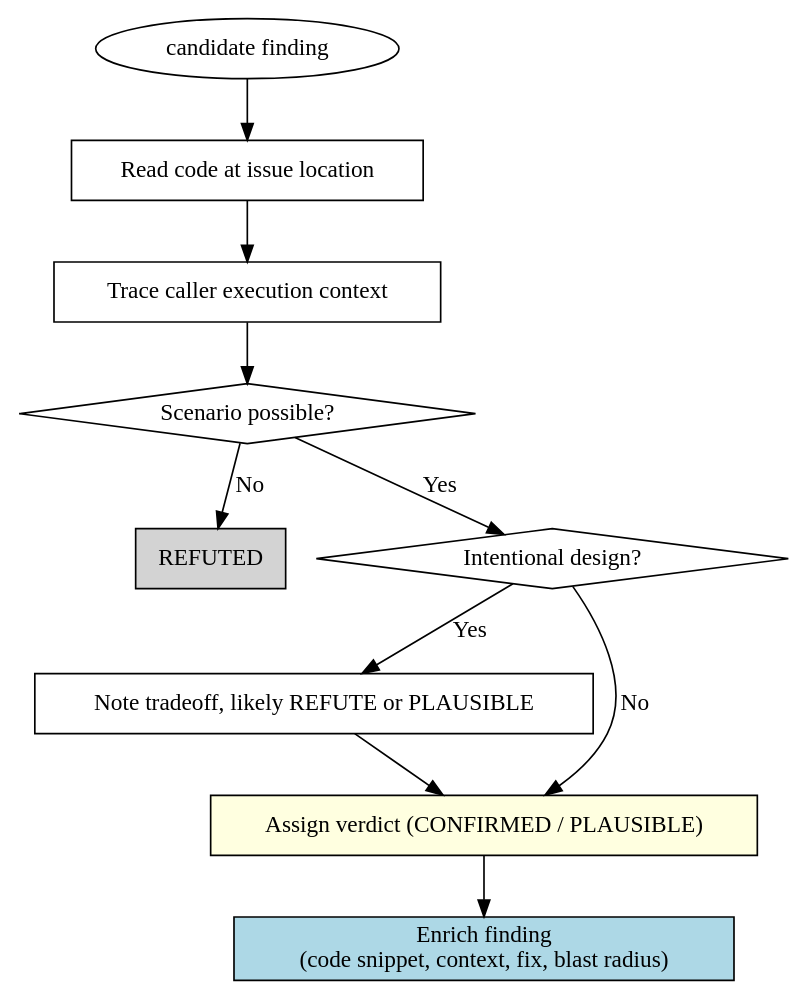
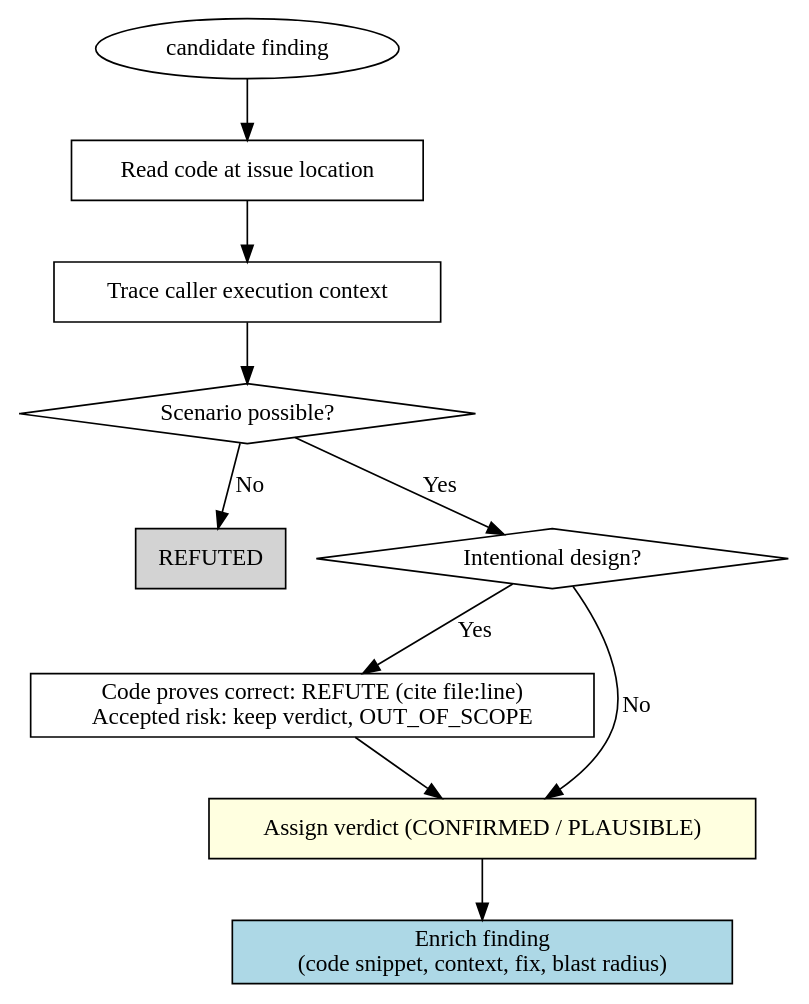
One commit to toongri/oh-my-toong-playground changed the diagram in skills/code-review/references/verifier-prompt.md. Above: the diagram before and after it, drawn with Graphviz. The commit also changed other lines of this file and 7 other files, not shown here.

````diff
--- a/skills/code-review/references/verifier-prompt.md
+++ b/skills/code-review/references/verifier-prompt.md
@@ -147,24 +151,24 @@
 ```dot
 digraph verification_flow {
     rankdir=TB;
     "candidate finding" [shape=ellipse];
     "Read code at issue location" [shape=box];
     "Trace caller execution context" [shape=box];
     "Scenario possible?" [shape=diamond];
     "REFUTED" [shape=box, style=filled, fillcolor=lightgray];
     "Intentional design?" [shape=diamond];
-    "Note tradeoff, likely REFUTE or PLAUSIBLE" [shape=box];
+    "Code proves correct: REFUTE (cite file:line)\nAccepted risk: keep verdict, OUT_OF_SCOPE" [shape=box];
     "Assign verdict (CONFIRMED / PLAUSIBLE)" [shape=box, style=filled, fillcolor=lightyellow];
     "Enrich finding\n(code snippet, context, fix, blast radius)" [shape=box, style=filled, fillcolor=lightblue];
 
     "candidate finding" -> "Read code at issue location";
     "Read code at issue location" -> "Trace caller execution context";
     "Trace caller execution context" -> "Scenario possible?";
     "Scenario possible?" -> "REFUTED" [label="No"];
     "Scenario possible?" -> "Intentional design?" [label="Yes"];
-    "Intentional design?" -> "Note tradeoff, likely REFUTE or PLAUSIBLE" [label="Yes"];
+    "Intentional design?" -> "Code proves correct: REFUTE (cite file:line)\nAccepted risk: keep verdict, OUT_OF_SCOPE" [label="Yes"];
     "Intentional design?" -> "Assign verdict (CONFIRMED / PLAUSIBLE)" [label="No"];
-    "Note tradeoff, likely REFUTE or PLAUSIBLE" -> "Assign verdict (CONFIRMED / PLAUSIBLE)";
+    "Code proves correct: REFUTE (cite file:line)\nAccepted risk: keep verdict, OUT_OF_SCOPE" -> "Assign verdict (CONFIRMED / PLAUSIBLE)";
     "Assign verdict (CONFIRMED / PLAUSIBLE)" -> "Enrich finding\n(code snippet, context, fix, blast radius)";
 }
 ```
````
